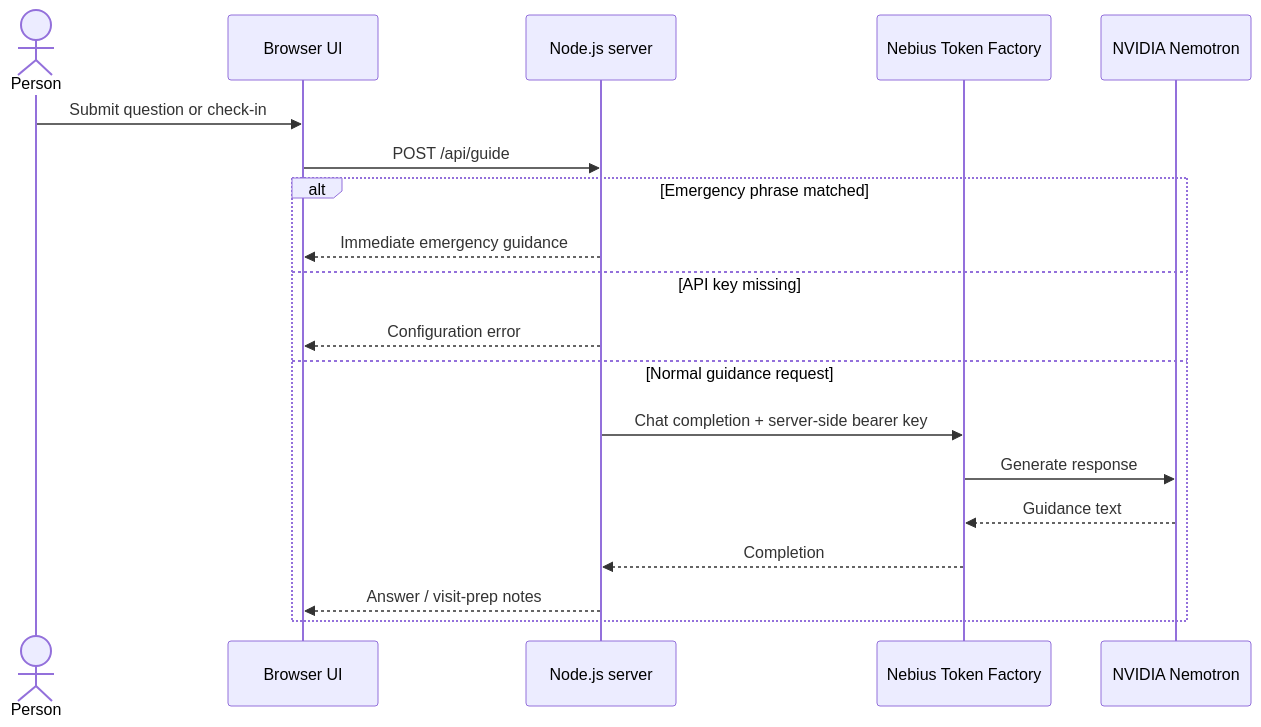
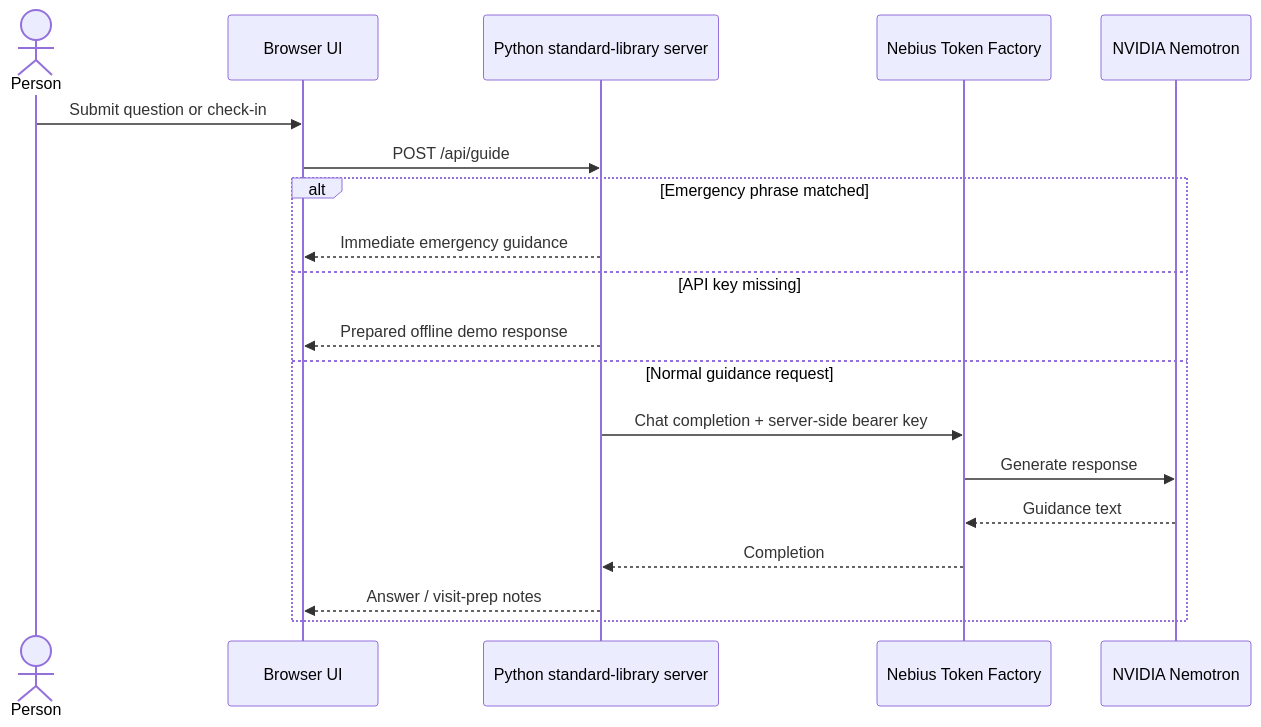
The diagram in docs/ARCHITECTURE.md (AnuragVerma777/saansathi), drawn with Mermaid before and after one commit. The commit also changed other lines of this file and 11 other files, not shown here.

````diff
--- a/docs/ARCHITECTURE.md
+++ b/docs/ARCHITECTURE.md
@@ -7,22 +7,22 @@
 ```mermaid
 sequenceDiagram
     actor Person
     participant Browser as Browser UI
-    participant Server as Node.js server
+    participant Server as Python standard-library server
     participant Nebius as Nebius Token Factory
     participant Model as NVIDIA Nemotron
 
     Person->>Browser: Submit question or check-in
     Browser->>Server: POST /api/guide
     alt Emergency phrase matched
         Server-->>Browser: Immediate emergency guidance
     else API key missing
-        Server-->>Browser: Configuration error
+        Server-->>Browser: Prepared offline demo response
     else Normal guidance request
         Server->>Nebius: Chat completion + server-side bearer key
         Nebius->>Model: Generate response
         Model-->>Nebius: Guidance text
         Nebius-->>Server: Completion
         Server-->>Browser: Answer / visit-prep notes
     end
 ```
````
